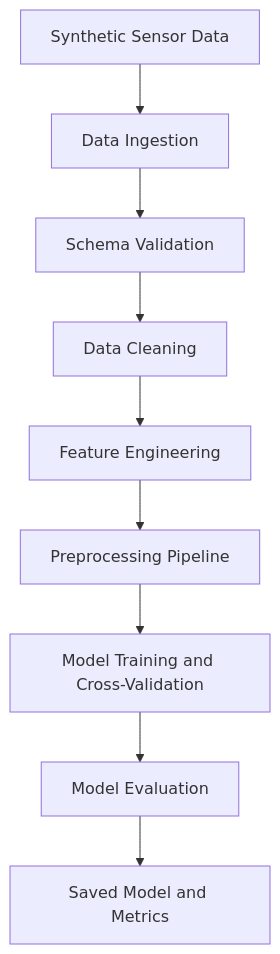
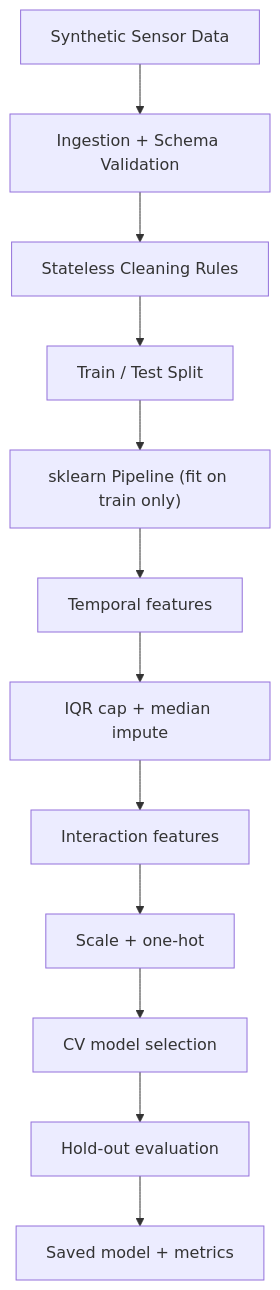
Before and after one commit to ojas-v/aqi-pipeline: the diagram in README.md, drawn with Mermaid. The commit also changed other lines of this file, not shown here.

First line of the commit message:
Update README with improved project details and metrics

````diff
--- a/README.md
+++ b/README.md
@@ -42,11 +62,14 @@
 ```mermaid
 flowchart TD
-    A["Synthetic Sensor Data"] --> B["Data Ingestion"]
-    B --> C["Schema Validation"]
-    C --> D["Data Cleaning"]
-    D --> E["Feature Engineering"]
-    E --> F["Preprocessing Pipeline"]
-    F --> G["Model Training and Cross-Validation"]
-    G --> H["Model Evaluation"]
-    H --> I["Saved Model and Metrics"]
+    A["Synthetic Sensor Data"] --> B["Ingestion + Schema Validation"]
+    B --> C["Stateless Cleaning Rules"]
+    C --> D["Train / Test Split"]
+    D --> E["sklearn Pipeline (fit on train only)"]
+    E --> E1["Temporal features"]
+    E1 --> E2["IQR cap + median impute"]
+    E2 --> E3["Interaction features"]
+    E3 --> E4["Scale + one-hot"]
+    E4 --> F["CV model selection"]
+    F --> G["Hold-out evaluation"]
+    G --> H["Saved model + metrics"]
 ```
````
